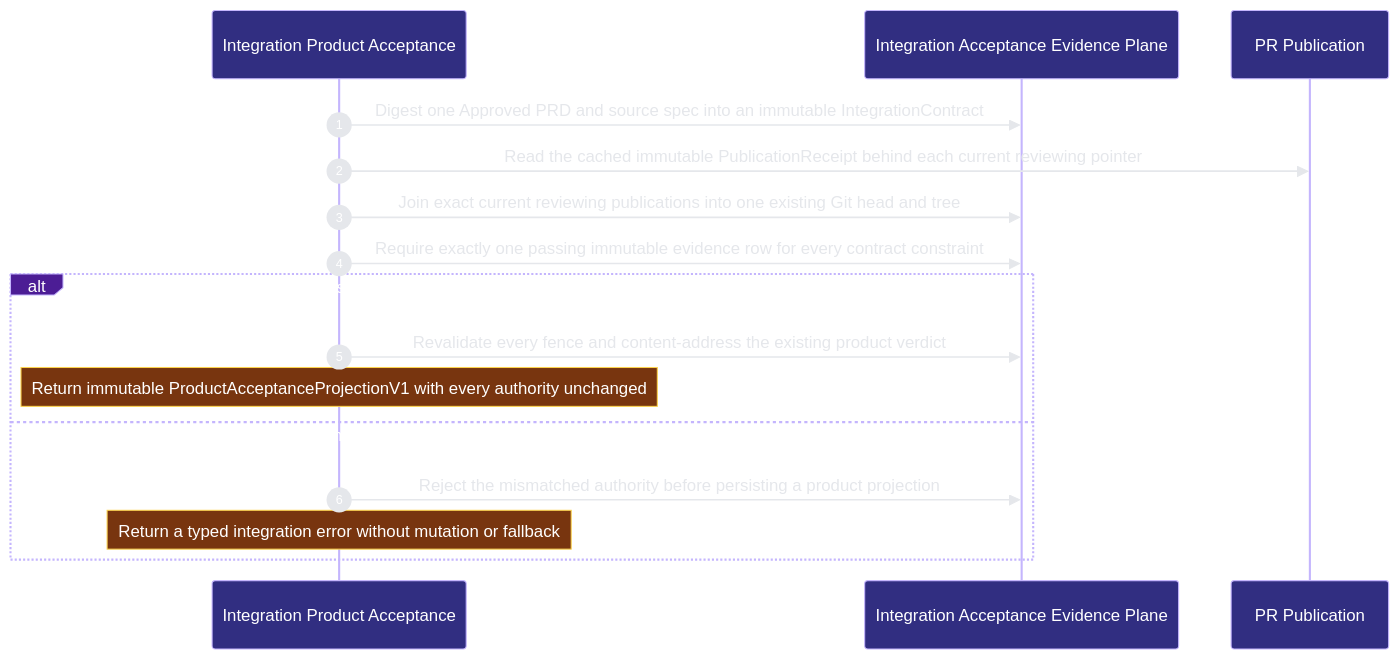
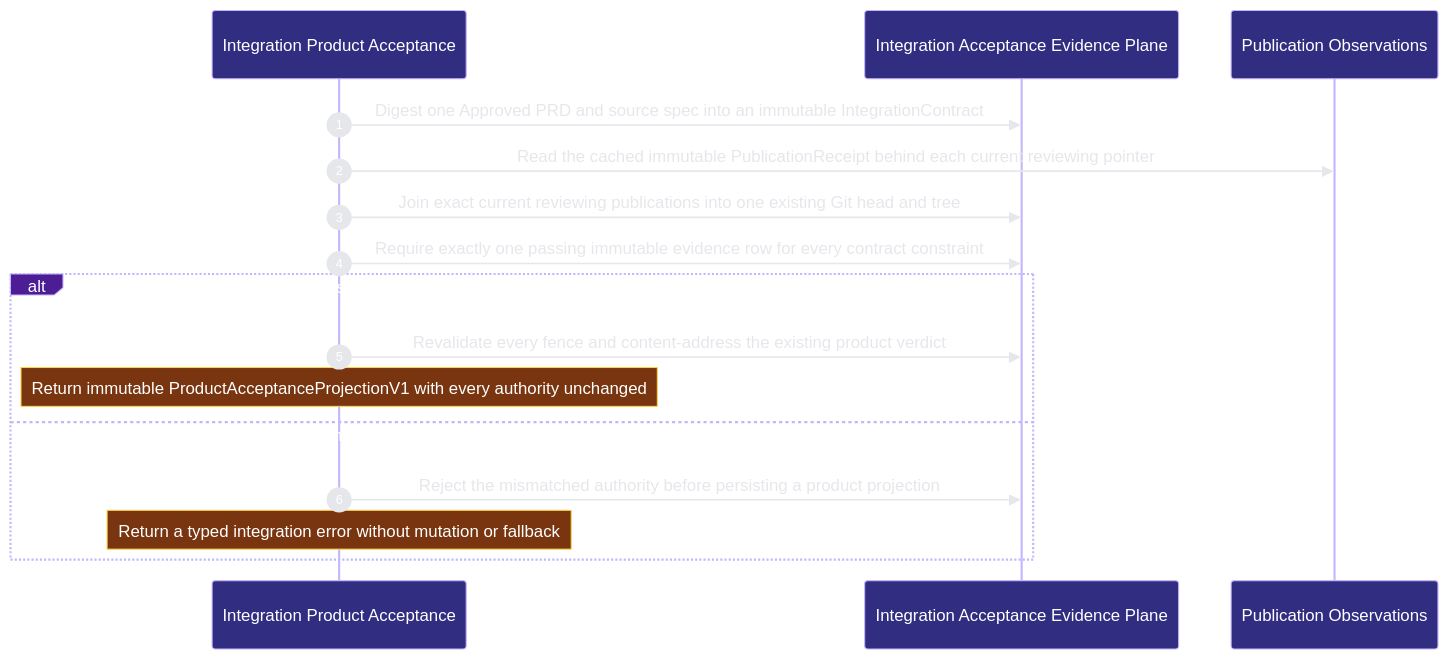
One commit to Ancienttwo/repo-harness changed the second of 2 diagrams in docs/architecture/modules/runtime-harness/integration-acceptance.md. Above: the diagram before and after it, drawn with Mermaid. The commit also changed other lines of this file and 31 other files, not shown here.

Commit message:
docs(architecture): retire task lifecycle ownership from the model

````diff
--- a/docs/architecture/modules/runtime-harness/integration-acceptance.md
+++ b/docs/architecture/modules/runtime-harness/integration-acceptance.md
@@ -85,19 +85,19 @@
 ```mermaid
 %%{init: {"theme":"base","themeVariables":{"background":"#0d1117","actorBkg":"#312e81","actorBorder":"#c4b5fd","actorTextColor":"#ffffff","signalColor":"#e5e7eb","signalTextColor":"#e5e7eb","labelBoxBkgColor":"#4c1d95","labelBoxBorderColor":"#c4b5fd","labelTextColor":"#ffffff","noteBkgColor":"#78350f","noteBorderColor":"#fcd34d","noteTextColor":"#ffffff","sequenceNumberColor":"#ffffff"}}}%%
 sequenceDiagram
   autonumber
   participant p2_integration_plane_da058c3e as Integration Product Acceptance
   participant p2_evidence_schema_dd5fece0 as Integration Acceptance Evidence Plane
-  participant p2_publication_1c89e8c8 as PR Publication
+  participant p2_publication_1c89e8c8 as Publication Observations
   p2_integration_plane_da058c3e->>p2_evidence_schema_dd5fece0: Digest one Approved PRD and source spec into an immutable IntegrationContract
   p2_integration_plane_da058c3e->>p2_publication_1c89e8c8: Read the cached immutable PublicationReceipt behind each current reviewing pointer
   p2_integration_plane_da058c3e->>p2_evidence_schema_dd5fece0: Join exact current reviewing publications into one existing Git head and tree
   p2_integration_plane_da058c3e->>p2_evidence_schema_dd5fece0: Require exactly one passing immutable evidence row for every contract constraint
   alt Current authority bytes and the existing passing AcceptanceReceipt project onto the exact candidate
   p2_integration_plane_da058c3e->>p2_evidence_schema_dd5fece0: Revalidate every fence and content-address the existing product verdict
     Note over p2_integration_plane_da058c3e: Return immutable ProductAcceptanceProjectionV1 with every authority unchanged
   else Any stale requirement#44; publication#44; candidate#44; matrix#44; evidence or receipt fails closed
   p2_integration_plane_da058c3e->>p2_evidence_schema_dd5fece0: Reject the mismatched authority before persisting a product projection
     Note over p2_integration_plane_da058c3e: Return a typed integration error without mutation or fallback
   end
 ```
````
